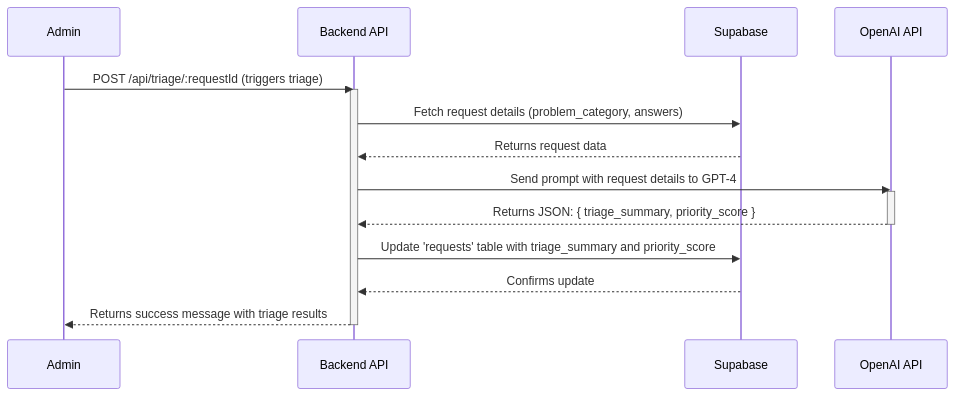
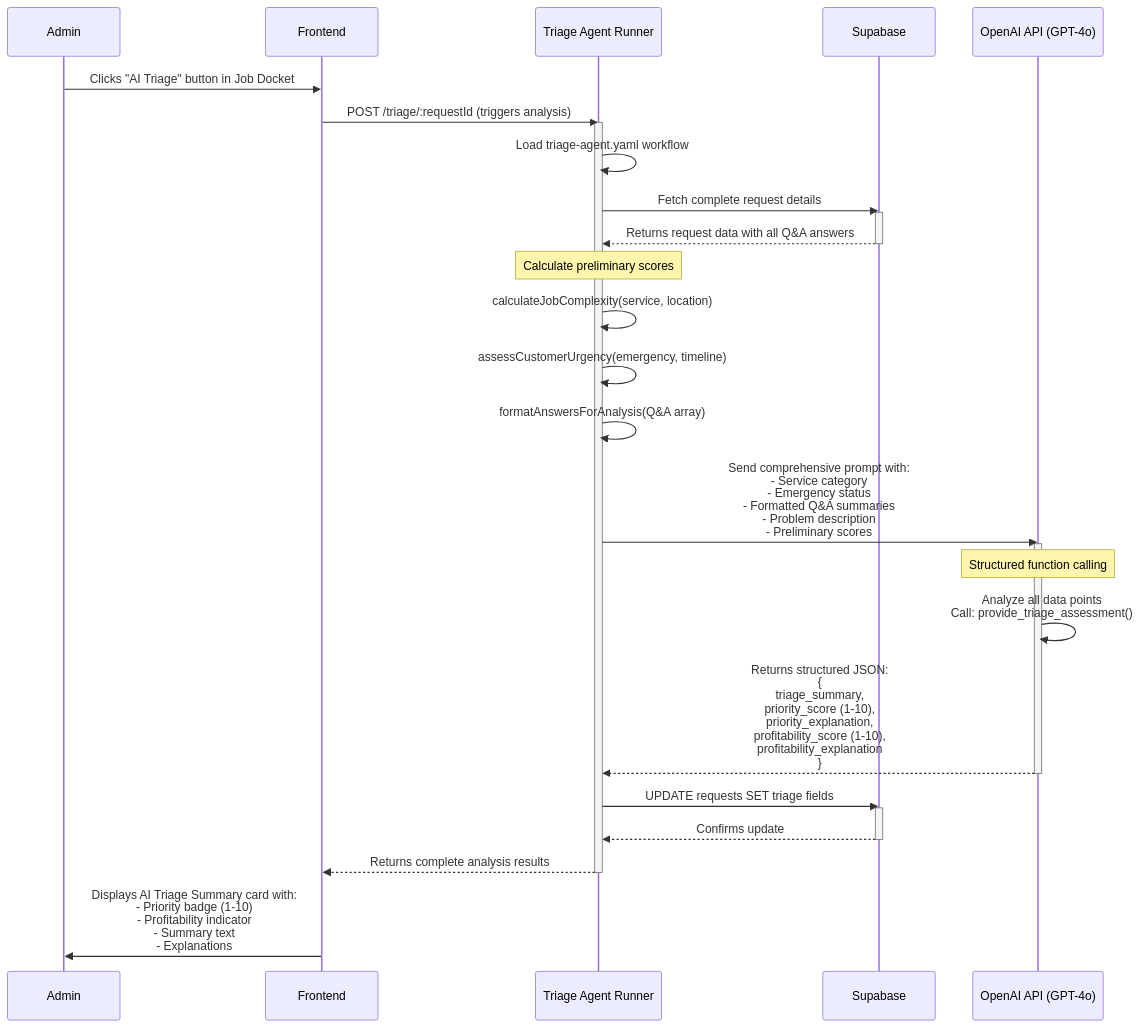
The third of 3 diagrams in README.md (richfrem/PlumbingPoC), drawn with Mermaid before and after one commit. The commit also changed other lines of this file, not shown here.

First line of the commit message:
Docs: Update README to reflect AI Agent Toolkit architecture

````diff
--- a/README.md
+++ b/README.md
@@ -208,24 +311,42 @@
 ```mermaid
 sequenceDiagram
     participant Admin
-    participant Backend API
+    participant Frontend
+    participant Triage Agent Runner
     participant Supabase
-    participant OpenAI API
+    participant OpenAI API (GPT-4o)
 
-    Admin->>Backend API: POST /api/triage/:requestId (triggers triage)
-    activate Backend API
+    Admin->>Frontend: Clicks "AI Triage" button in Job Docket
+    Frontend->>Triage Agent Runner: POST /triage/:requestId (triggers analysis)
+    activate Triage Agent Runner
     
-    Backend API->>Supabase: Fetch request details (problem_category, answers)
-    Supabase-->>Backend API: Returns request data
+    Triage Agent Runner->>Triage Agent Runner: Load triage-agent.yaml workflow
+    Triage Agent Runner->>Supabase: Fetch complete request details
+    activate Supabase
+    Supabase-->>Triage Agent Runner: Returns request data with all Q&A answers
+    deactivate Supabase
     
-    Backend API->>OpenAI API: Send prompt with request details to GPT-4
-    activate OpenAI API
-    OpenAI API-->>Backend API: Returns JSON: { triage_summary, priority_score }
-    deactivate OpenAI API
+    Note over Triage Agent Runner: Calculate preliminary scores
+    Triage Agent Runner->>Triage Agent Runner: calculateJobComplexity(service, location)
+    Triage Agent Runner->>Triage Agent Runner: assessCustomerUrgency(emergency, timeline)
+    Triage Agent Runner->>Triage Agent Runner: formatAnswersForAnalysis(Q&A array)
     
-    Backend API->>Supabase: Update 'requests' table with triage_summary and priority_score
-    Supabase-->>Backend API: Confirms update
+    Triage Agent Runner->>OpenAI API (GPT-4o): Send comprehensive prompt with:<br/>- Service category<br/>- Emergency status<br/>- Formatted Q&A summaries<br/>- Problem description<br/>- Preliminary scores
+    activate OpenAI API (GPT-4o)
     
-    Backend API-->>Admin: Returns success message with triage results
-    deactivate Backend API
+    Note over OpenAI API (GPT-4o): Structured function calling
+    OpenAI API (GPT-4o)->>OpenAI API (GPT-4o): Analyze all data points<br/>Call: provide_triage_assessment()
+    
+    OpenAI API (GPT-4o)-->>Triage Agent Runner: Returns structured JSON:<br/>{<br/>  triage_summary,<br/>  priority_score (1-10),<br/>  priority_explanation,<br/>  profitability_score (1-10),<br/>  profitability_explanation<br/>}
+    deactivate OpenAI API (GPT-4o)
+    
+    Triage Agent Runner->>Supabase: UPDATE requests SET triage fields
+    activate Supabase
+    Supabase-->>Triage Agent Runner: Confirms update
+    deactivate Supabase
+    
+    Triage Agent Runner-->>Frontend: Returns complete analysis results
+    deactivate Triage Agent Runner
+    
+    Frontend->>Admin: Displays AI Triage Summary card with:<br/>- Priority badge (1-10)<br/>- Profitability indicator<br/>- Summary text<br/>- Explanations
 ```
````
